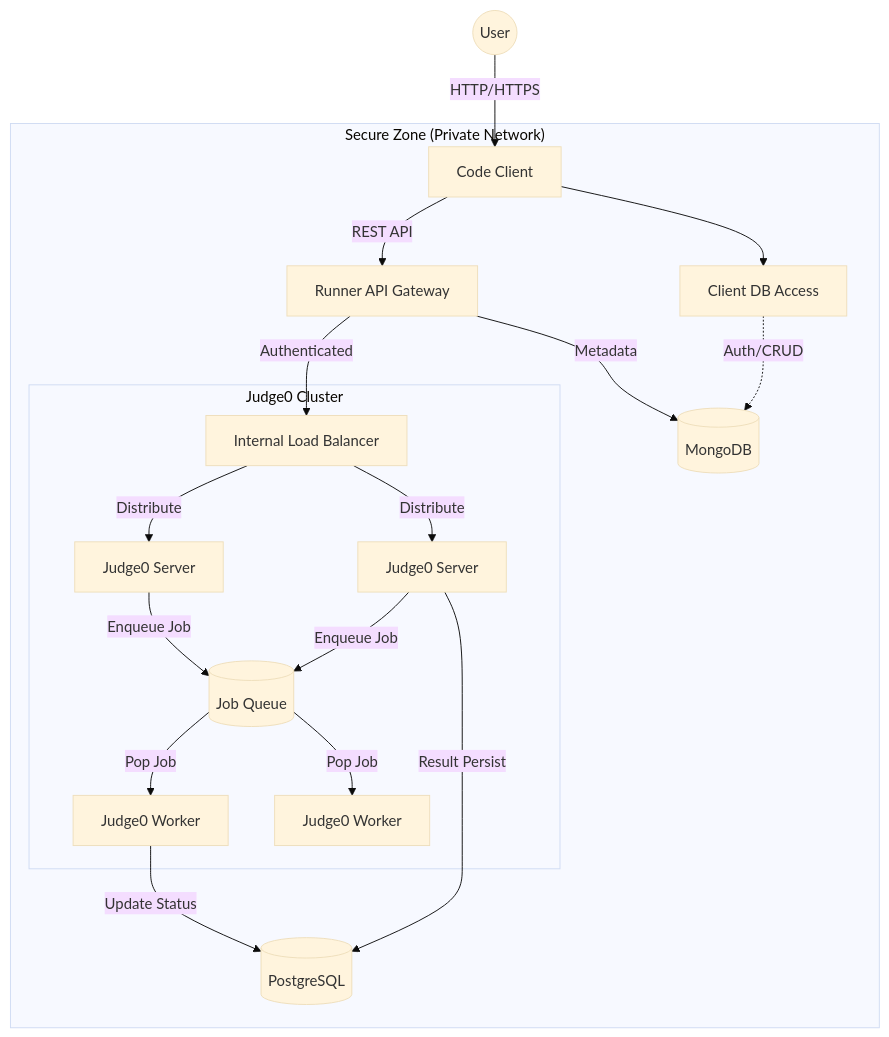
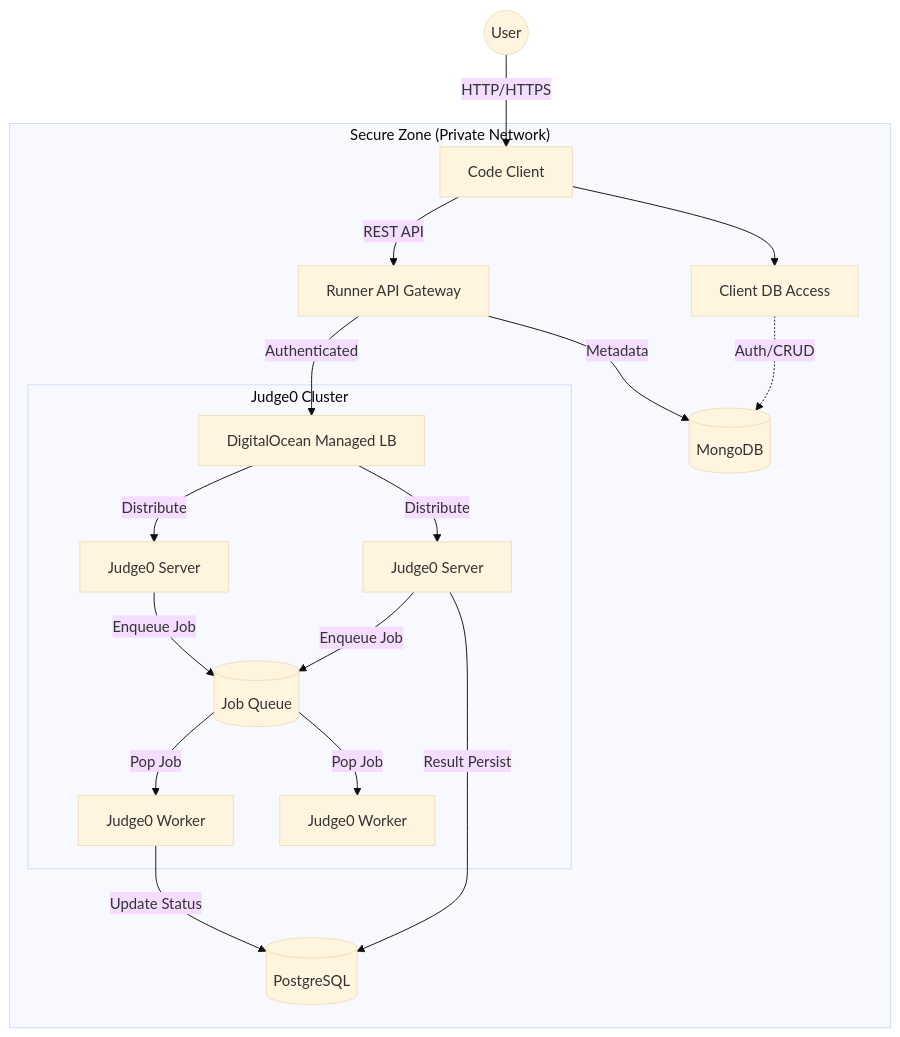
The diagram in README.md (HamzaHassanain/distributed-code-runner-), drawn with Mermaid (base theme) before and after one commit. The commit also changed 1 other file, not shown here.

Commit message:
docs: say we will use DO's own load balancer rather than our own

````diff
--- a/README.md
+++ b/README.md
@@ -9,26 +9,26 @@
 ```mermaid
 graph TD
     User((User)) -->|HTTP/HTTPS| Client[Code Client]
     Client -->|REST API| Gateway[Runner API Gateway]
     
     subgraph "Secure Zone (Private Network)"
-        Gateway -->|Authenticated| LB[Internal Load Balancer]
+        Gateway -->|Authenticated| LB[DigitalOcean Managed LB]
         client_db_conn[Client DB Access] -.->|Auth/CRUD| Mongo[(MongoDB)]
         Client --> client_db_conn
         
         subgraph "Judge0 Cluster"
             LB -->|Distribute| Server1[Judge0 Server]
             LB -->|Distribute| Server2[Judge0 Server]
             
             Server1 -->|Enqueue Job| Redis[(Job Queue)]
             Server2 -->|Enqueue Job| Redis
             
             Redis -->|Pop Job| Worker1[Judge0 Worker]
             Redis -->|Pop Job| Worker2[Judge0 Worker]
         end
         
         Gateway -->|Metadata| Mongo
         Server1 -->|Result Persist| PG[(PostgreSQL)]
         Worker1 -->|Update Status| PG
     end
 ```
````
